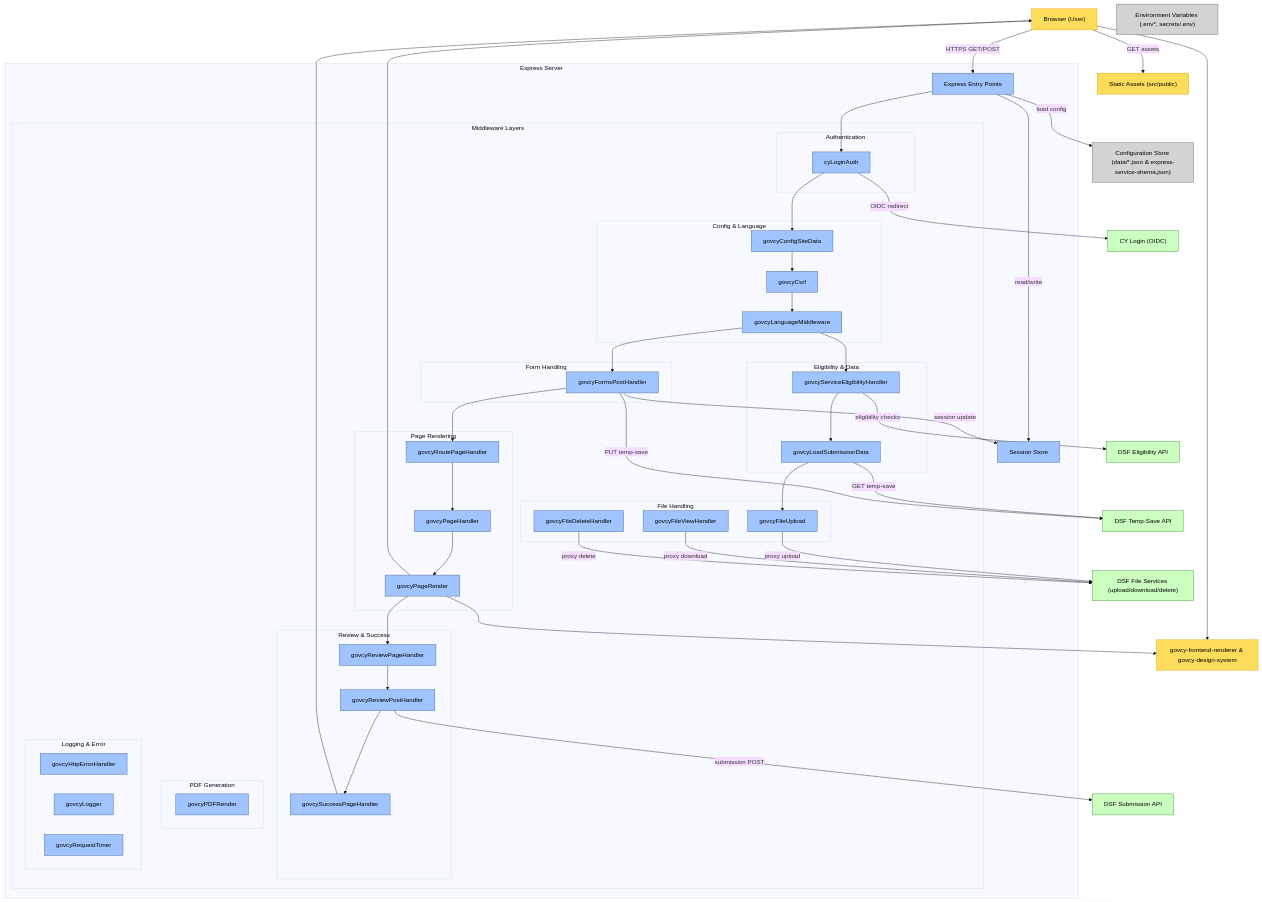
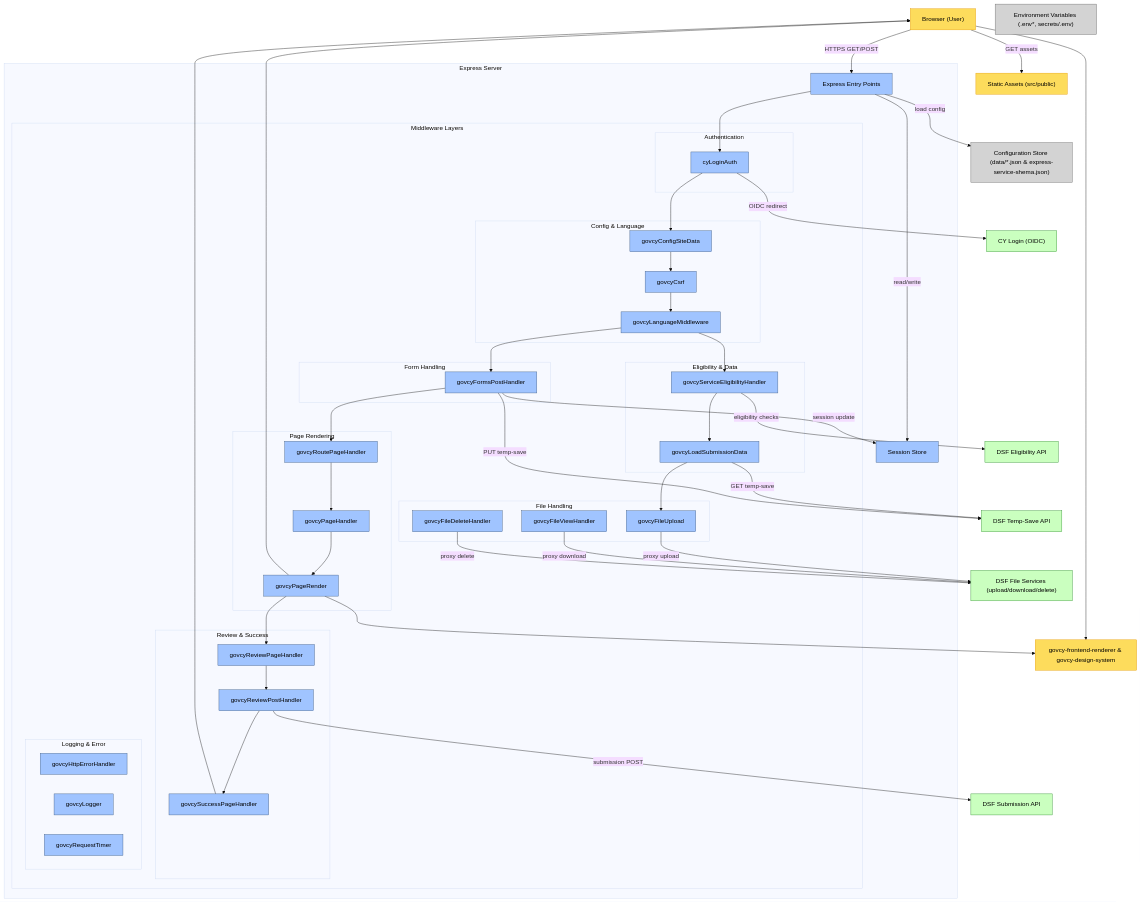
Before and after one commit to gov-cy/govcy-express-services: the diagram in NOTES.md, drawn with Mermaid (base theme). The commit also changed 9 other files, not shown here.

```diff
--- a/NOTES.md
+++ b/NOTES.md
@@ -641,9 +641,6 @@
                 RS1["govcyReviewPageHandler"]:::internal
                 RS2["govcyReviewPostHandler"]:::internal
                 RS3["govcySuccessPageHandler"]:::internal
-            end
-            subgraph "PDF Generation"
-                P1["govcyPDFRender"]:::internal
             end
             subgraph "Logging & Error"
                 L1["govcyHttpErrorHandler"]:::internal
@@ -706,7 +703,6 @@
     click RS1 "https://github.com/gov-cy/govcy-express-services/blob/main/src/middleware/govcyReviewPageHandler.mjs"
     click RS2 "https://github.com/gov-cy/govcy-express-services/blob/main/src/middleware/govcyReviewPostHandler.mjs"
     click RS3 "https://github.com/gov-cy/govcy-express-services/blob/main/src/middleware/govcySuccessPageHandler.mjs"
-    click P1 "https://github.com/gov-cy/govcy-express-services/blob/main/src/middleware/govcyPDFRender.mjs"
     click L1 "https://github.com/gov-cy/govcy-express-services/blob/main/src/middleware/govcyHttpErrorHandler.mjs"
     click L2 "https://github.com/gov-cy/govcy-express-services/blob/main/src/middleware/govcyLogger.mjs"
     click L3 "https://github.com/gov-cy/govcy-express-services/blob/main/src/middleware/govcyRequestTimer.mjs"
```
